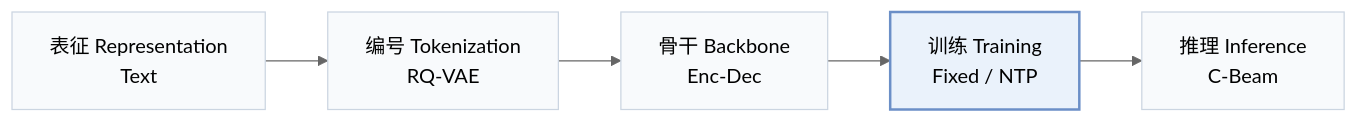
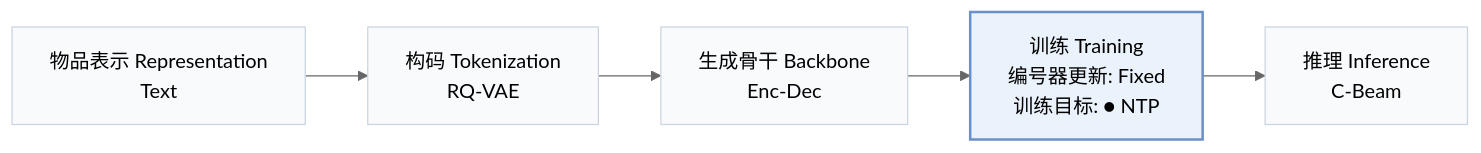
One commit to Galaxy-ghost/Awesome-SID-Generative-Rec changed the first of 2 diagrams in pages/zh/papers/token-weighted.md. Above: the diagram before and after it, drawn with Mermaid (neutral theme). The commit also changed other lines of this file and 558 other files, not shown here.

````diff
--- a/pages/zh/papers/token-weighted.md
+++ b/pages/zh/papers/token-weighted.md
@@ -15,8 +18,8 @@
 ```mermaid
 flowchart LR
-    R["表征 Representation<br/>Text"] --> T["编号 Tokenization<br/>RQ-VAE"] --> B["骨干 Backbone<br/>Enc-Dec"] --> TR["训练 Training<br/>Fixed / NTP"] --> I["推理 Inference<br/>C-Beam"]
+    R["物品表示 Representation<br/>Text"] --> T["构码 Tokenization<br/>RQ-VAE"] --> B["生成骨干 Backbone<br/>Enc-Dec"] --> TR["训练 Training<br/>编号器更新: Fixed<br/>训练目标: ● NTP"] --> I["推理 Inference<br/>C-Beam"]
     classDef base fill:#f8fafc,stroke:#cbd5e1
     class R,T,B,TR,I base
     classDef main fill:#eaf2fb,stroke:#6b8fc7,stroke-width:2px
     class TR main
 ```
````
